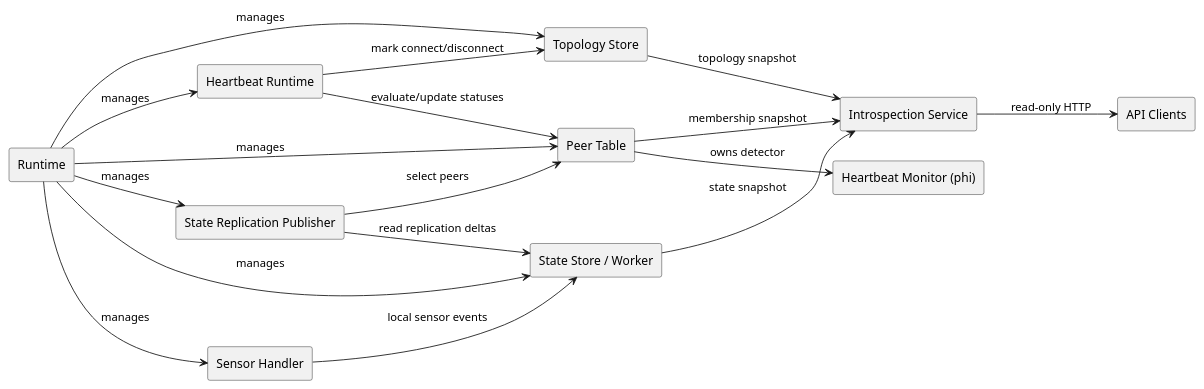
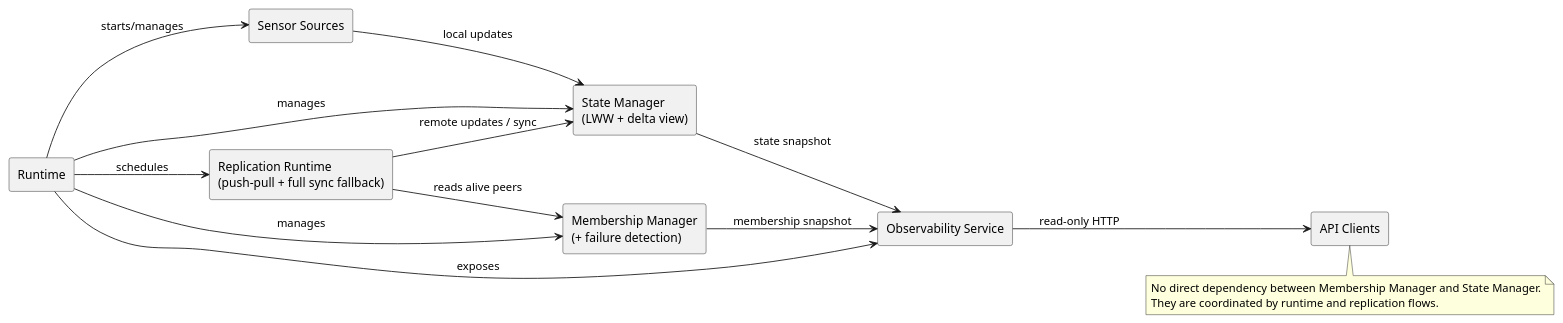
One commit to AlexSantini10/distributed-sensor-hub changed the diagram in docs/diagrams/src/dsh-domain-model.puml. Above: the diagram before and after it, drawn with PlantUML. The commit also changed 1 other file, not shown here.

Commit message:
docs: :memo: update diagrams

```diff
--- a/docs/diagrams/src/dsh-domain-model.puml
+++ b/docs/diagrams/src/dsh-domain-model.puml
@@ -1,33 +1,30 @@
 @startuml
 left to right direction
 
 rectangle "Runtime" as runtime
-rectangle "Sensor Handler" as sensor_handler
-rectangle "State Store / Worker" as state
-rectangle "State Replication Publisher" as publisher
-rectangle "Heartbeat Runtime" as hb_runtime
-rectangle "Peer Table" as peer_table
-rectangle "Heartbeat Monitor (phi)" as hb_monitor
-rectangle "Topology Store" as topology
-rectangle "Introspection Service" as introspection
+rectangle "Sensor Sources" as sensors
+rectangle "State Manager\n(LWW + delta view)" as state
+rectangle "Membership Manager\n(+ failure detection)" as membership
+rectangle "Replication Runtime\n(push-pull + full sync fallback)" as replication
+rectangle "Observability Service" as observability
 rectangle "API Clients" as api
 
-runtime --> sensor_handler : manages
+runtime --> sensors : starts/manages
 runtime --> state : manages
-runtime --> publisher : manages
-runtime --> hb_runtime : manages
-runtime --> peer_table : manages
-runtime --> topology : manages
+runtime --> membership : manages
+runtime --> replication : schedules
+runtime --> observability : exposes
 
-sensor_handler --> state : local sensor events
-publisher --> state : read replication deltas
-publisher --> peer_table : select peers
-hb_runtime --> peer_table : evaluate/update statuses
-peer_table --> hb_monitor : owns detector
-hb_runtime --> topology : mark connect/disconnect
+sensors --> state : local updates
+replication --> membership : reads alive peers
+replication --> state : remote updates / sync
 
-state --> introspection : state snapshot
-peer_table --> introspection : membership snapshot
-topology --> introspection : topology snapshot
-introspection --> api : read-only HTTP
+state --> observability : state snapshot
+membership --> observability : membership snapshot
+observability --> api : read-only HTTP
+
+note bottom
+No direct dependency between Membership Manager and State Manager.
+They are coordinated by runtime and replication flows.
+end note
 @enduml
```
